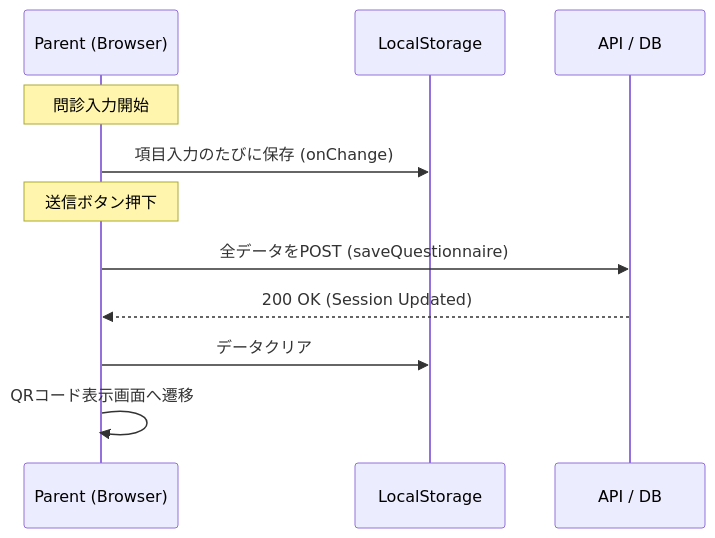
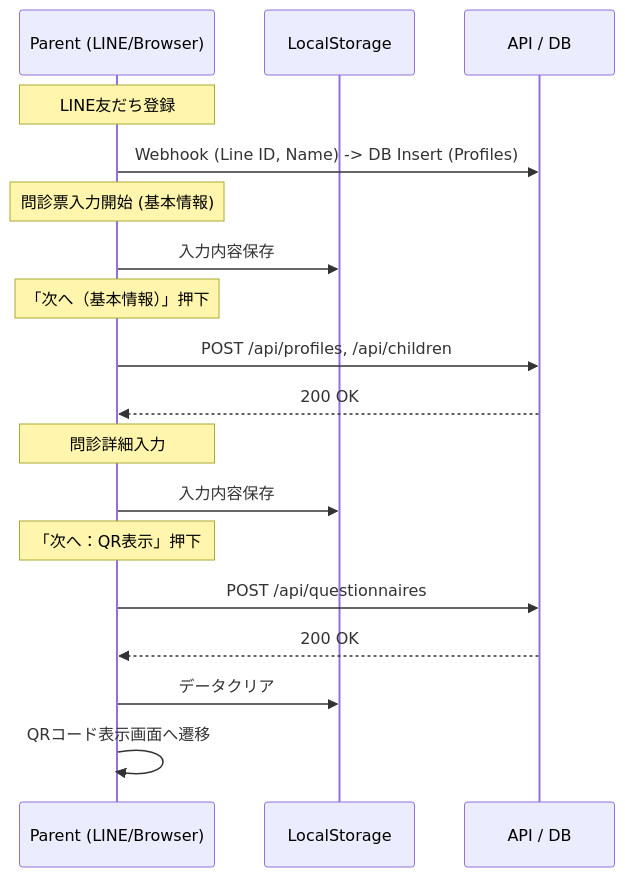
The first of 3 diagrams in docs/designe/04-データフロー設計.md (Ks-Classic/cOralup-yourTIME), drawn with Mermaid before and after one commit. The commit also changed other lines of this file and 80 other files, not shown here.

````diff
--- a/docs/designe/04-データフロー設計.md
+++ b/docs/designe/04-データフロー設計.md
@@ -8,15 +8,25 @@
 ```mermaid
 sequenceDiagram
-    participant P as Parent (Browser)
+    participant P as Parent (LINE/Browser)
     participant L as LocalStorage
     participant API as API / DB
 
-    Note over P: 問診入力開始
-    P->>L: 項目入力のたびに保存 (onChange)
+    Note over P: LINE友だち登録
+    P->>API: Webhook (Line ID, Name) -> DB Insert (Profiles)
+
+    Note over P: 問診票入力開始 (基本情報)
+    P->>L: 入力内容保存
     
-    Note over P: 送信ボタン押下
-    P->>API: 全データをPOST (saveQuestionnaire)
-    API-->>P: 200 OK (Session Updated)
+    Note over P: 「次へ（基本情報）」押下
+    P->>API: POST /api/profiles, /api/children
+    API-->>P: 200 OK
+    
+    Note over P: 問診詳細入力
+    P->>L: 入力内容保存
+    
+    Note over P: 「次へ：QR表示」押下
+    P->>API: POST /api/questionnaires
+    API-->>P: 200 OK
     P->>L: データクリア
     P->>P: QRコード表示画面へ遷移
 ```
````
